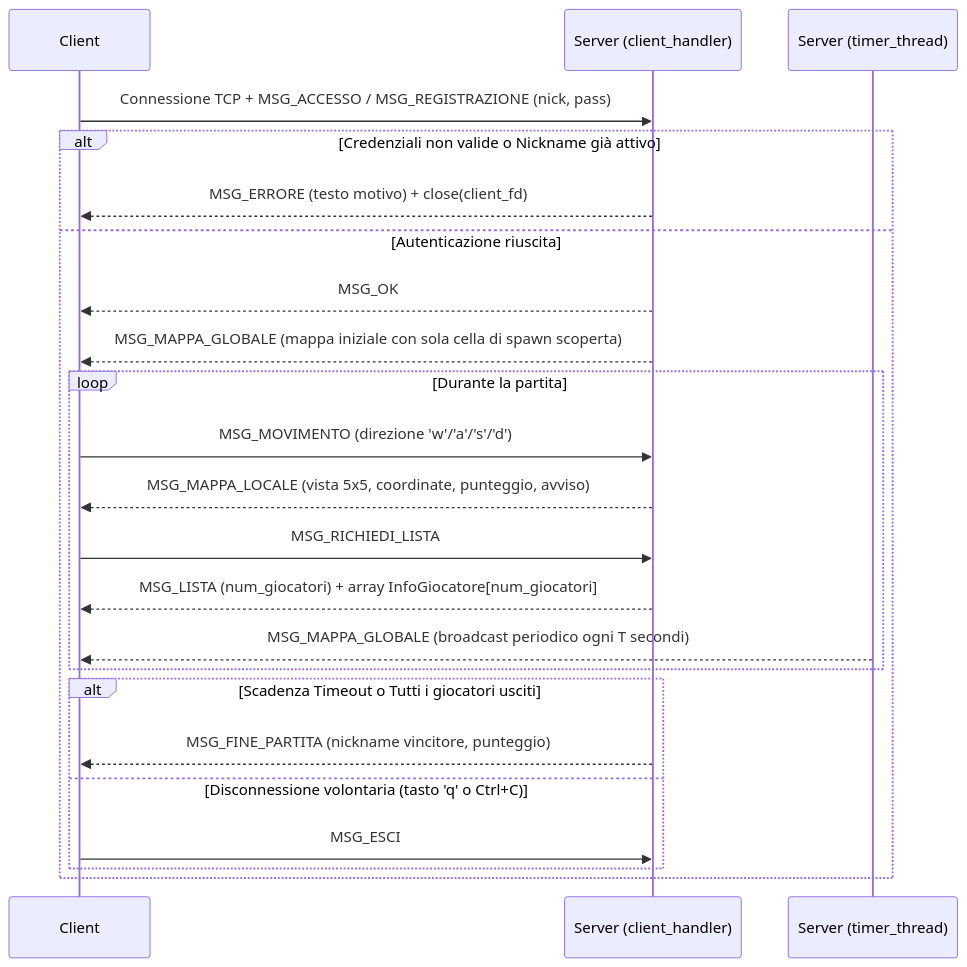
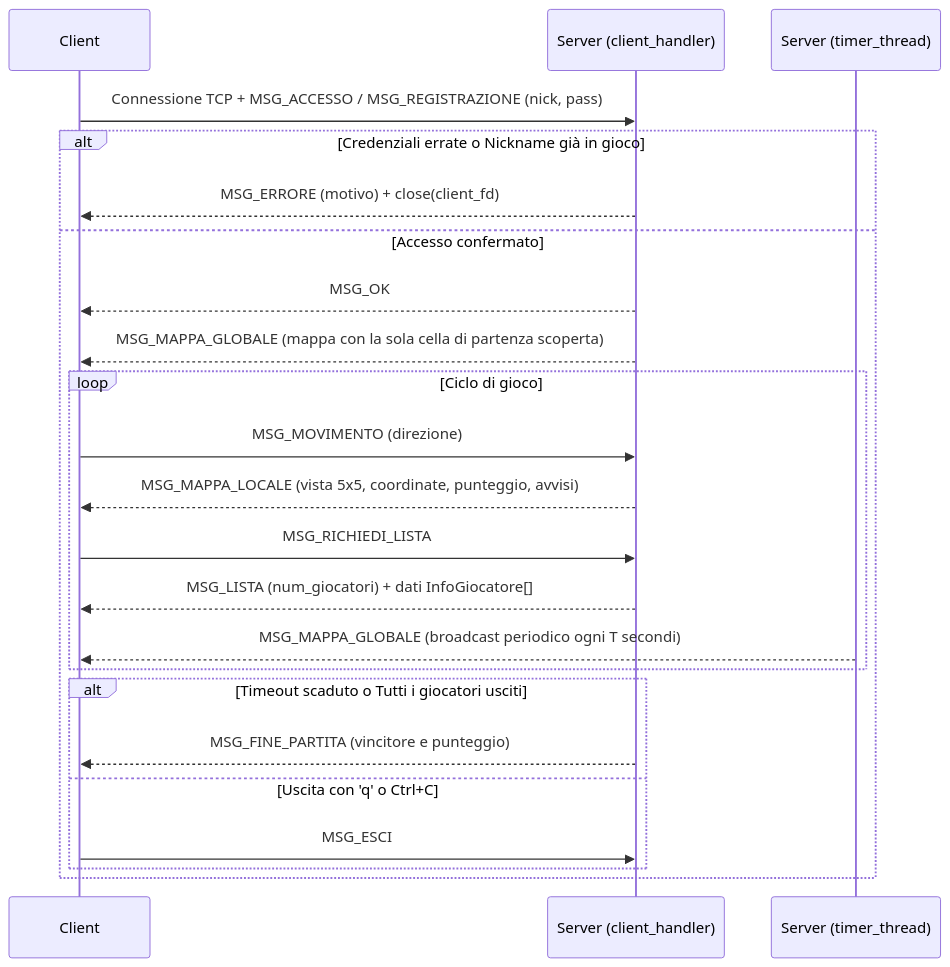
Before and after one commit to PaoloTed/LSO: the third of 6 diagrams in Progetto/labirinto/Relazione.md, drawn with Mermaid. The commit also changed other lines of this file and 1 other file, not shown here.

````diff
--- a/Progetto/labirinto/Relazione.md
+++ b/Progetto/labirinto/Relazione.md
@@ -279,26 +266,26 @@
 ```mermaid
 sequenceDiagram
     participant C as Client
     participant S as Server (client_handler)
     participant T as Server (timer_thread)
 
     C->>S: Connessione TCP + MSG_ACCESSO / MSG_REGISTRAZIONE (nick, pass)
-    alt Credenziali non valide o Nickname già attivo
-        S-->>C: MSG_ERRORE (testo motivo) + close(client_fd)
-    else Autenticazione riuscita
+    alt Credenziali errate o Nickname già in gioco
+        S-->>C: MSG_ERRORE (motivo) + close(client_fd)
+    else Accesso confermato
         S-->>C: MSG_OK
-        S-->>C: MSG_MAPPA_GLOBALE (mappa iniziale con sola cella di spawn scoperta)
-        loop Durante la partita
-            C->>S: MSG_MOVIMENTO (direzione 'w'/'a'/'s'/'d')
-            S-->>C: MSG_MAPPA_LOCALE (vista 5x5, coordinate, punteggio, avviso)
+        S-->>C: MSG_MAPPA_GLOBALE (mappa con la sola cella di partenza scoperta)
+        loop Ciclo di gioco
+            C->>S: MSG_MOVIMENTO (direzione)
+            S-->>C: MSG_MAPPA_LOCALE (vista 5x5, coordinate, punteggio, avvisi)
             C->>S: MSG_RICHIEDI_LISTA
-            S-->>C: MSG_LISTA (num_giocatori) + array InfoGiocatore[num_giocatori]
+            S-->>C: MSG_LISTA (num_giocatori) + dati InfoGiocatore[]
             T-->>C: MSG_MAPPA_GLOBALE (broadcast periodico ogni T secondi)
         end
-        alt Scadenza Timeout o Tutti i giocatori usciti
-            S-->>C: MSG_FINE_PARTITA (nickname vincitore, punteggio)
-        else Disconnessione volontaria (tasto 'q' o Ctrl+C)
+        alt Timeout scaduto o Tutti i giocatori usciti
+            S-->>C: MSG_FINE_PARTITA (vincitore e punteggio)
+        else Uscita con 'q' o Ctrl+C
             C->>S: MSG_ESCI
         end
     end
 ```
````
